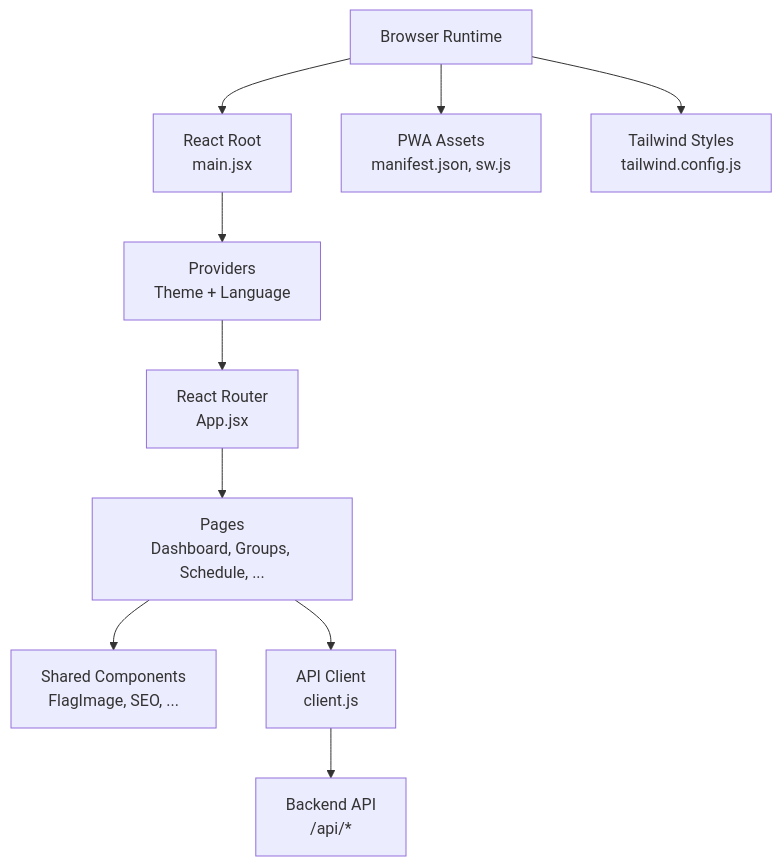
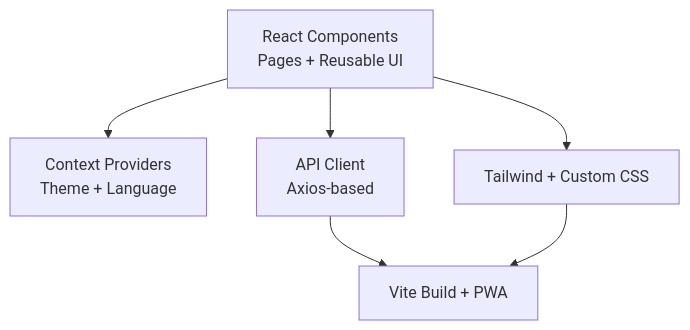
Before and after one commit to cheesiong/WC26-qwen: the second of 9 diagrams in .qoder/repowiki/en/content/System Architecture/Frontend Architecture.md, drawn with Mermaid. The commit also changed other lines of this file and 181 other files, not shown here.

````diff
--- a/.qoder/repowiki/en/content/System Architecture/Frontend Architecture.md
+++ b/.qoder/repowiki/en/content/System Architecture/Frontend Architecture.md
@@ -118,12 +171,13 @@
 ```mermaid
 graph TB
-Browser["Browser Runtime"] --> ReactRoot["React Root<br/>main.jsx"]
-ReactRoot --> Providers["Providers<br/>Theme + Language"]
-Providers --> Router["React Router<br/>App.jsx"]
-Router --> Pages["Pages<br/>Dashboard, Groups, Schedule, ..."]
-Pages --> Components["Shared Components<br/>FlagImage, SEO, ..."]
-Pages --> API["API Client<br/>client.js"]
-API --> Backend["Backend API<br/>/api/*"]
-Browser --> PWA["PWA Assets<br/>manifest.json, sw.js"]
-Browser --> Styles["Tailwind Styles<br/>tailwind.config.js"]
+UI["React Components<br/>Pages + Reusable UI"]
+STATE["Context Providers<br/>Theme + Language"]
+DATA["API Client<br/>Axios-based"]
+STYLE["Tailwind + Custom CSS"]
+INFRA["Vite Build + PWA"]
+UI --> STATE
+UI --> DATA
+UI --> STYLE
+DATA --> INFRA
+STYLE --> INFRA
 ```
````
